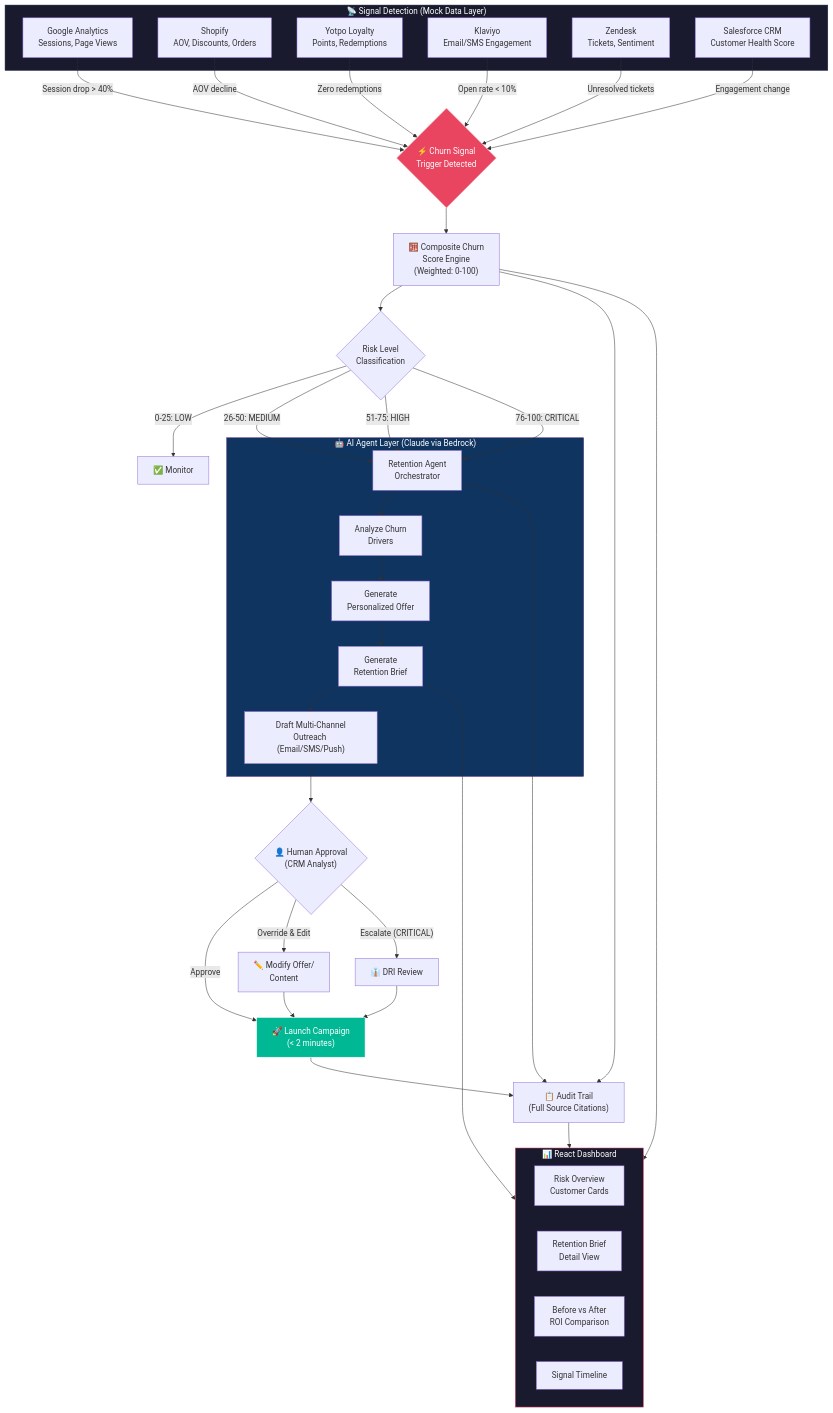
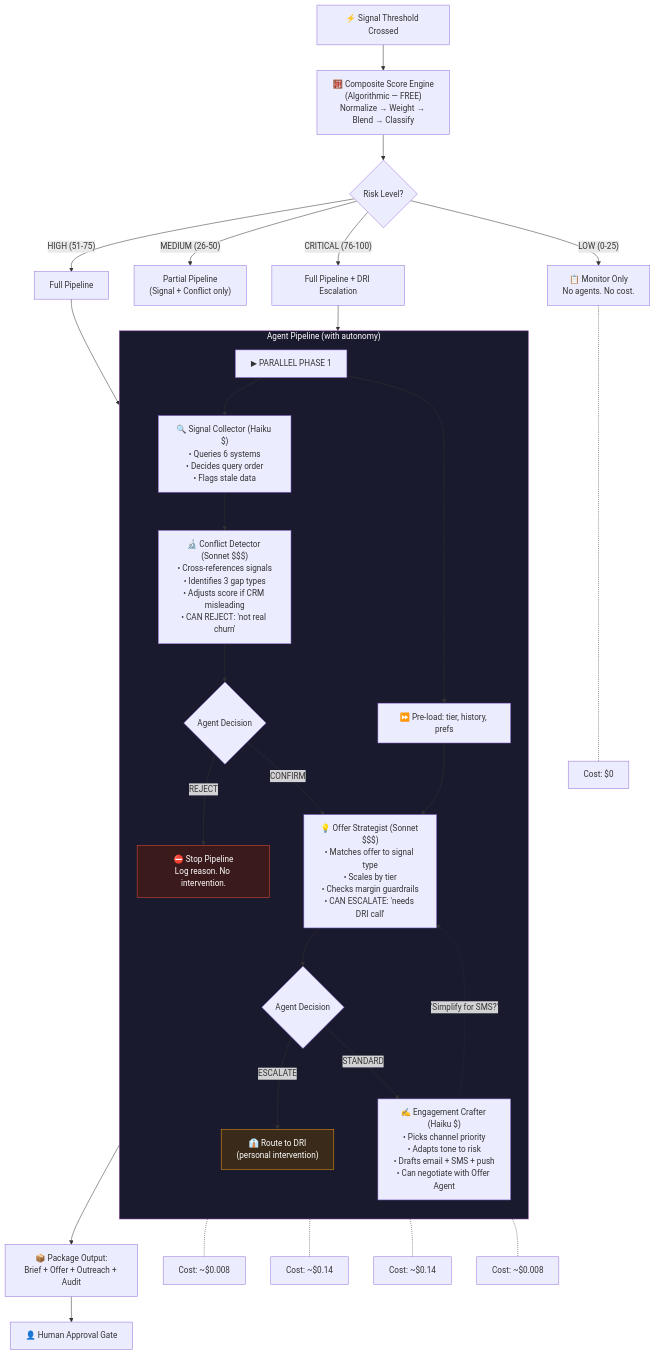
Before and after one commit to SruthiMamidipalli/rde-apex: the second of 8 diagrams in .kiro/specs/apex-loyalty-ai-retention/architecture-diagrams.md, drawn with Mermaid. The commit also changed other lines of this file and 2 other files, not shown here.

Commit message:
add feature list, spec document, updated architecture diagrams with cost optimization

````diff
--- a/.kiro/specs/apex-loyalty-ai-retention/architecture-diagrams.md
+++ b/.kiro/specs/apex-loyalty-ai-retention/architecture-diagrams.md
@@ -5,70 +117,65 @@
 ```mermaid
 flowchart TD
-    %% Signal Detection Layer
-    subgraph SIGNALS["📡 Signal Detection (Mock Data Layer)"]
-        GA["Google Analytics<br/>Sessions, Page Views"]
-        SHOP["Shopify<br/>AOV, Discounts, Orders"]
-        YOTPO["Yotpo Loyalty<br/>Points, Redemptions"]
-        KLAV["Klaviyo<br/>Email/SMS Engagement"]
-        ZEN["Zendesk<br/>Tickets, Sentiment"]
-        CRM["Salesforce CRM<br/>Customer Health Score"]
+    %% Trigger
+    TRIGGER["⚡ Signal Threshold Crossed"]
+    
+    %% Scoring (No LLM)
+    TRIGGER --> SCORE["🧮 Composite Score Engine<br/>(Algorithmic — FREE)<br/>Normalize → Weight → Blend → Classify"]
+
+    %% Decision Gate
+    SCORE --> GATE{"Risk Level?"}
+    GATE -->|"LOW (0-25)"| MONITOR["📋 Monitor Only<br/>No agents. No cost."]
+    GATE -->|"MEDIUM (26-50)"| PARTIAL["Partial Pipeline<br/>(Signal + Conflict only)"]
+    GATE -->|"HIGH (51-75)"| FULL["Full Pipeline"]
+    GATE -->|"CRITICAL (76-100)"| FULL_ESCALATE["Full Pipeline + DRI Escalation"]
+
+    %% Full Pipeline
+    subgraph PIPELINE["Agent Pipeline (with autonomy)"]
+        direction TB
+        
+        %% Parallel Phase 1
+        PAR1["▶ PARALLEL PHASE 1"]
+        PAR1 --> SC["🔍 Signal Collector (Haiku $)<br/>• Queries 6 systems<br/>• Decides query order<br/>• Flags stale data"]
+        PAR1 --> PRELOAD["⏩ Pre-load: tier, history, prefs"]
+
+        %% Phase 2
+        SC --> CD["🔬 Conflict Detector (Sonnet $$$)<br/>• Cross-references signals<br/>• Identifies 3 gap types<br/>• Adjusts score if CRM misleading<br/>• CAN REJECT: 'not real churn'"]
+
+        %% Decision after Conflict
+        CD --> CD_DECISION{"Agent Decision"}
+        CD_DECISION -->|"REJECT"| STOP["⛔ Stop Pipeline<br/>Log reason. No intervention."]
+        CD_DECISION -->|"CONFIRM"| OS
+
+        %% Phase 3
+        OS["💡 Offer Strategist (Sonnet $$$)<br/>• Matches offer to signal type<br/>• Scales by tier<br/>• Checks margin guardrails<br/>• CAN ESCALATE: 'needs DRI call'"]
+        PRELOAD --> OS
+
+        OS --> OS_DECISION{"Agent Decision"}
+        OS_DECISION -->|"ESCALATE"| ESCALATE["👔 Route to DRI<br/>(personal intervention)"]
+        OS_DECISION -->|"STANDARD"| EC
+
+        %% Phase 4
+        EC["✍️ Engagement Crafter (Haiku $)<br/>• Picks channel priority<br/>• Adapts tone to risk<br/>• Drafts email + SMS + push<br/>• Can negotiate with Offer Agent"]
+
+        %% Feedback
+        EC -.->|"'Simplify for SMS?'"| OS
     end
 
-    %% Trigger
-    GA -->|"Session drop > 40%"| TRIGGER
-    SHOP -->|"AOV decline"| TRIGGER
-    YOTPO -->|"Zero redemptions"| TRIGGER
-    KLAV -->|"Open rate < 10%"| TRIGGER
-    ZEN -->|"Unresolved tickets"| TRIGGER
-    CRM -->|"Engagement change"| TRIGGER
+    FULL --> PIPELINE
+    FULL_ESCALATE --> PIPELINE
 
-    TRIGGER{"⚡ Churn Signal<br/>Trigger Detected"}
+    %% Output
+    EC --> PACKAGE["📦 Package Output:<br/>Brief + Offer + Outreach + Audit"]
+    PACKAGE --> APPROVAL["👤 Human Approval Gate"]
 
-    %% Scoring Engine
-    TRIGGER --> SCORE["🧮 Composite Churn<br/>Score Engine<br/>(Weighted: 0-100)"]
-    SCORE --> CLASSIFY{"Risk Level<br/>Classification"}
+    %% Cost annotation
+    MONITOR -.- COST_FREE["Cost: $0"]
+    SC -.- COST_HAIKU["Cost: ~$0.008"]
+    CD -.- COST_SONNET1["Cost: ~$0.14"]
+    OS -.- COST_SONNET2["Cost: ~$0.14"]
+    EC -.- COST_HAIKU2["Cost: ~$0.008"]
 
-    CLASSIFY -->|"0-25: LOW"| LOW["✅ Monitor"]
-    CLASSIFY -->|"26-50: MEDIUM"| AGENT
-    CLASSIFY -->|"51-75: HIGH"| AGENT
-    CLASSIFY -->|"76-100: CRITICAL"| AGENT
-
-    %% AI Agent Layer
-    subgraph AGENT_LAYER["🤖 AI Agent Layer (Claude via Bedrock)"]
-        AGENT["Retention Agent<br/>Orchestrator"]
-        AGENT --> ANALYZE["Analyze Churn<br/>Drivers"]
-        ANALYZE --> OFFER["Generate<br/>Personalized Offer"]
-        OFFER --> BRIEF["Generate<br/>Retention Brief"]
-        BRIEF --> OUTREACH["Draft Multi-Channel<br/>Outreach (Email/SMS/Push)"]
-    end
-
-    %% Human-in-the-Loop
-    OUTREACH --> APPROVAL{"👤 Human Approval<br/>(CRM Analyst)"}
-    APPROVAL -->|"Approve"| LAUNCH["🚀 Launch Campaign<br/>(< 2 minutes)"]
-    APPROVAL -->|"Override & Edit"| EDIT["✏️ Modify Offer/<br/>Content"] --> LAUNCH
-    APPROVAL -->|"Escalate (CRITICAL)"| DRI["👔 DRI Review"] --> LAUNCH
-
-    %% Audit
-    LAUNCH --> AUDIT["📋 Audit Trail<br/>(Full Source Citations)"]
-    AGENT --> AUDIT
-    SCORE --> AUDIT
-
-    %% Dashboard
-    subgraph DASHBOARD["📊 React Dashboard"]
-        DASH_RISK["Risk Overview<br/>Customer Cards"]
-        DASH_BRIEF["Retention Brief<br/>Detail View"]
-        DASH_COMPARE["Before vs After<br/>ROI Comparison"]
-        DASH_TIMELINE["Signal Timeline"]
-    end
-
-    AUDIT --> DASHBOARD
-    SCORE --> DASHBOARD
-    BRIEF --> DASHBOARD
-
-    %% Styling
-    style SIGNALS fill:#1a1a2e,stroke:#16213e,color:#fff
-    style AGENT_LAYER fill:#0f3460,stroke:#533483,color:#fff
-    style DASHBOARD fill:#1a1a2e,stroke:#e94560,color:#fff
-    style TRIGGER fill:#e94560,stroke:#fff,color:#fff
-    style LAUNCH fill:#00b894,stroke:#fff,color:#fff
+    style PIPELINE fill:#1a1a2e,stroke:#9b59b6,color:#fff
+    style STOP fill:#3a1a1a,stroke:#e74c3c,color:#fff
+    style ESCALATE fill:#3a2a1a,stroke:#f39c12,color:#fff
 ```
````
